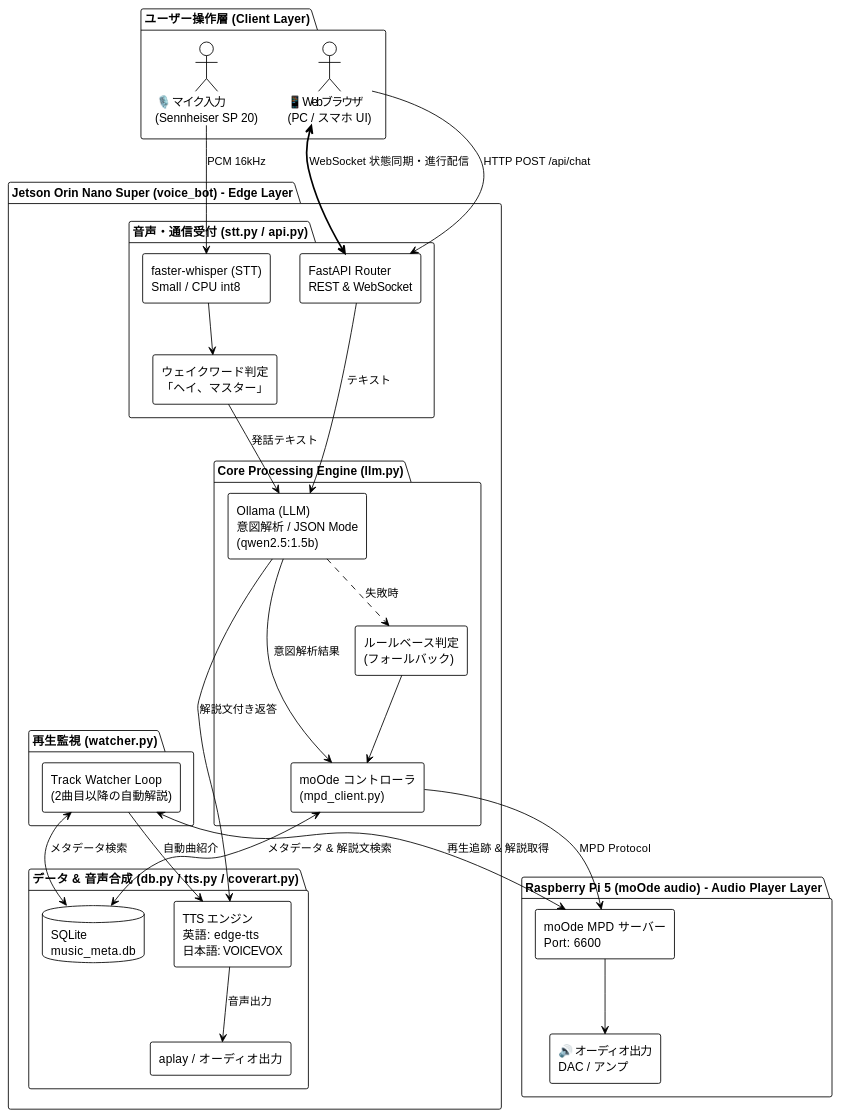
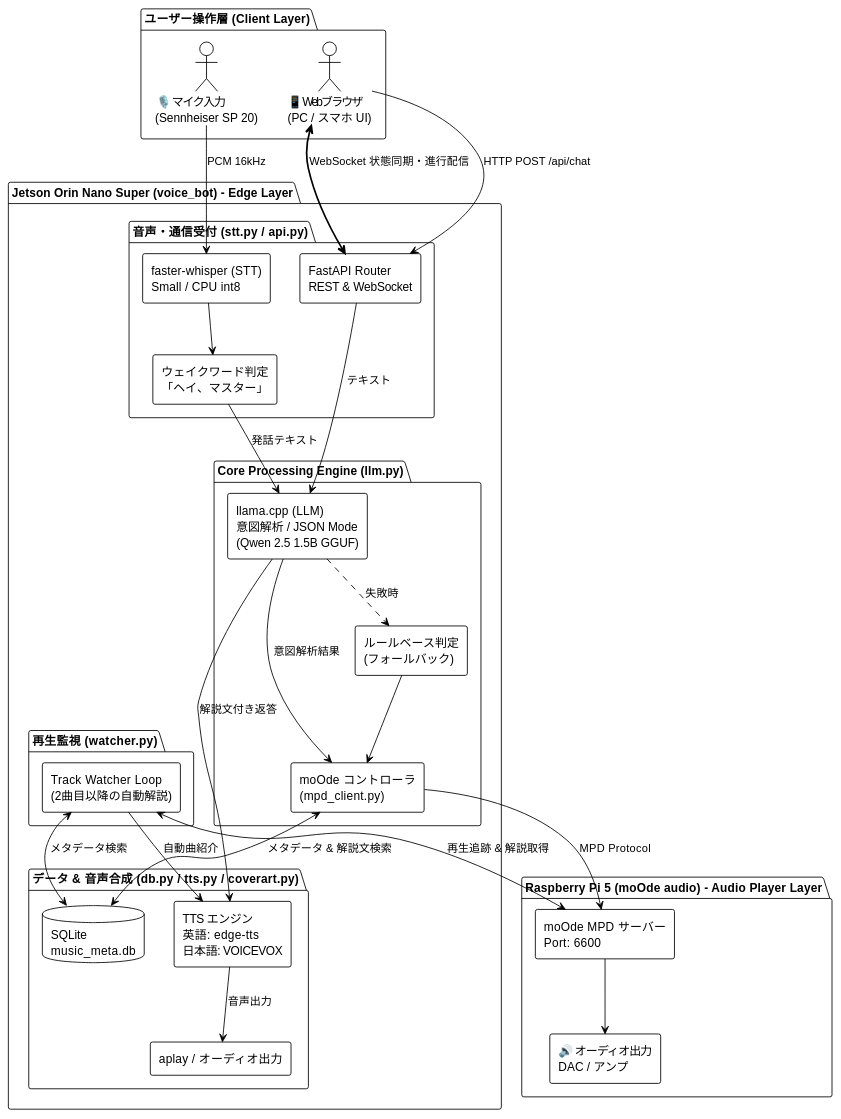
Before and after one commit to RooibosGood/music_db: the first of 2 diagrams in doc/VOICE_BOT_SPEC.md, drawn with PlantUML. The commit also changed other lines of this file and 7 other files, not shown here.

Commit message:
Migrate voice bot LLM to llama.cpp

````diff
--- a/doc/VOICE_BOT_SPEC.md
+++ b/doc/VOICE_BOT_SPEC.md
@@ -38,67 +38,67 @@
 ```plantuml
 @startuml
 !theme plain
 skinparam componentStyle rectangle
 skinparam shadowing false
 skinparam defaultFontName "sans-serif"
 skinparam packagePadding 12
 skinparam nodePadding 12
 
 package "ユーザー操作層 (Client Layer)" as client_layer {
     actor "🎙️ マイク入力\n(Sennheiser SP 20)" as MIC
     actor "📱 Webブラウザ\n(PC / スマホ UI)" as WEB
 }
 
 package "Jetson Orin Nano Super (voice_bot) - Edge Layer" as edge_layer {
     package "音声・通信受付 (stt.py / api.py)" as input_module {
         component "faster-whisper (STT)\nSmall / CPU int8" as STT
         component "ウェイクワード判定\n「ヘイ、マスター」" as WAKE
         component "FastAPI Router\nREST & WebSocket" as API_ROUTER
     }
 
     package "Core Processing Engine (llm.py)" as core_engine {
-        component "Ollama (LLM)\n意図解析 / JSON Mode\n(qwen2.5:1.5b)" as LLM_PARSER
+        component "llama.cpp (LLM)\n意図解析 / JSON Mode\n(Qwen 2.5 1.5B GGUF)" as LLM_PARSER
         component "ルールベース判定\n(フォールバック)" as FALLBACK
         component "moOde コントローラ\n(mpd_client.py)" as DISPATCHER
     }
 
     package "再生監視 (watcher.py)" as background_watcher {
         component "Track Watcher Loop\n(2曲目以降の自動解説)" as TRACK_WATCHER
     }
 
     package "データ & 音声合成 (db.py / tts.py / coverart.py)" as data_voice_module {
         database "SQLite\nmusic_meta.db" as DB
         component "TTS エンジン\n英語: edge-tts\n日本語: VOICEVOX" as TTS
         component "aplay / オーディオ出力" as ALSA
     }
 }
 
 package "Raspberry Pi 5 (moOde audio) - Audio Player Layer" as player_layer {
     component "moOde MPD サーバー\nPort: 6600" as MPD
     component "🔊 オーディオ出力\nDAC / アンプ" as AUDIO_OUT
 }
 
 ' フロー接続
 MIC --> STT : PCM 16kHz
 STT --> WAKE
 WAKE --> LLM_PARSER : 発話テキスト
 WEB --> API_ROUTER : HTTP POST /api/chat
 API_ROUTER --> LLM_PARSER : テキスト
 
 LLM_PARSER ..> FALLBACK : 失敗時
 LLM_PARSER --> DISPATCHER : 意図解析結果
 FALLBACK --> DISPATCHER
 
 DISPATCHER --> MPD : MPD Protocol
 MPD --> AUDIO_OUT
 DISPATCHER <--> DB : メタデータ & 解説文検索
 TRACK_WATCHER <--> MPD : 再生追跡 & 解説取得
 TRACK_WATCHER <--> DB : メタデータ検索
 TRACK_WATCHER --> TTS : 自動曲紹介
 
 LLM_PARSER --> TTS : 解説文付き返答
 TTS --> ALSA : 音声出力
 
 API_ROUTER <==> WEB : WebSocket 状態同期・進行配信
 @enduml
 ```
````
